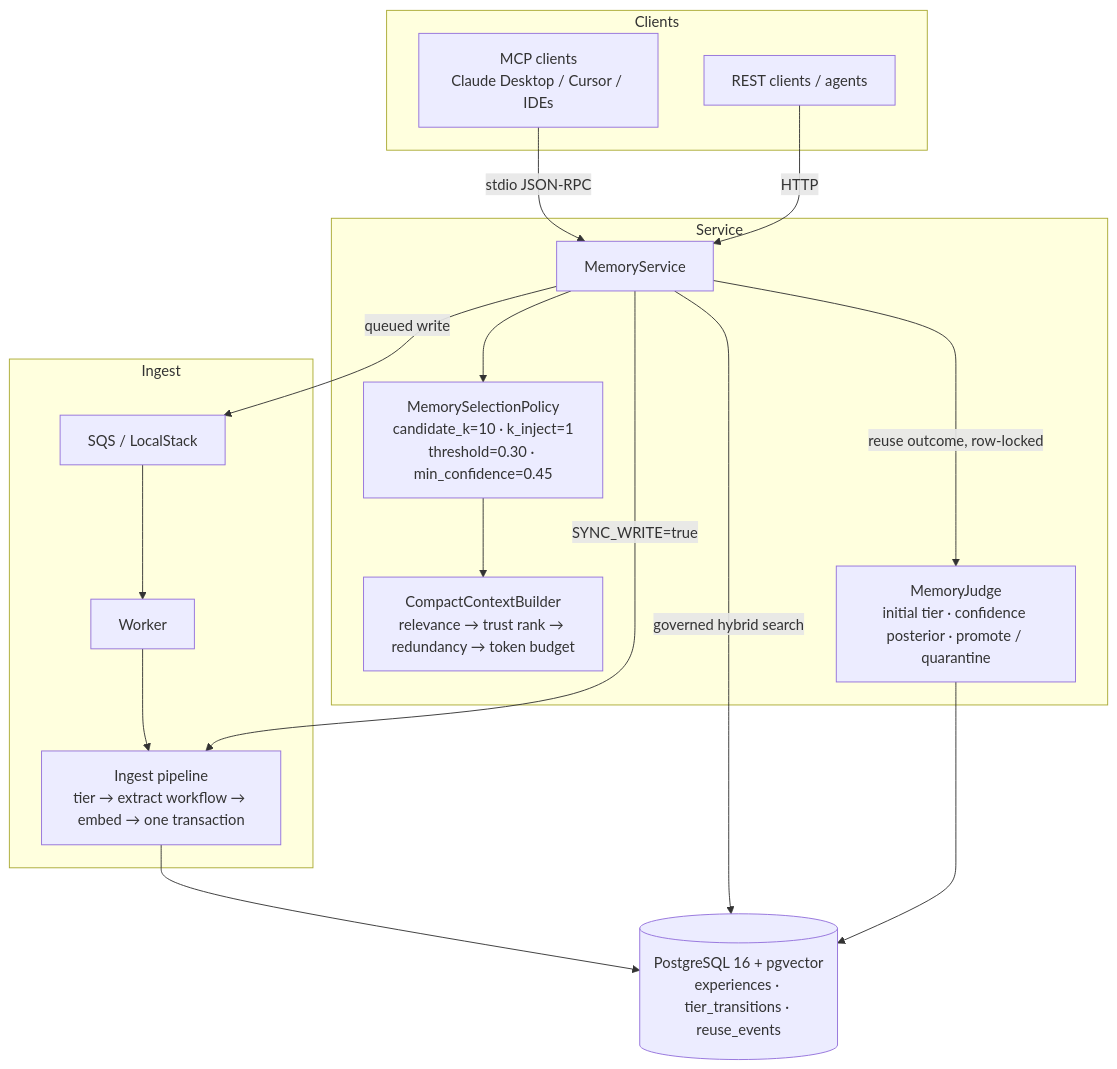
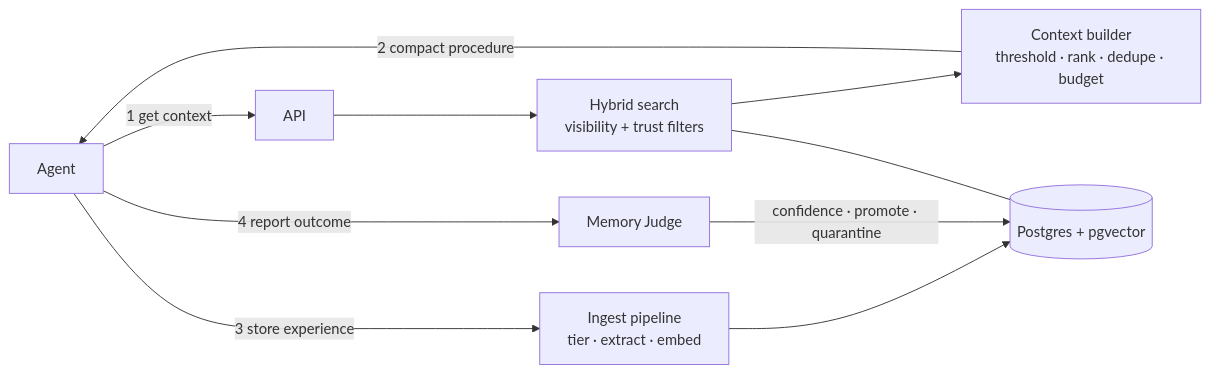
Before and after one commit to nagashiva23/action-cloud: the diagram in README.md, drawn with Mermaid. The commit also changed other lines of this file, not shown here.

````diff
--- a/README.md
+++ b/README.md
@@ -13,31 +55,12 @@
 ```mermaid
-graph TD
-    subgraph Clients
-        MCP[MCP clients<br/>Claude Desktop / Cursor / IDEs]
-        REST[REST clients / agents]
-    end
-
-    subgraph Service
-        MS[MemoryService]
-        POL[MemorySelectionPolicy<br/>candidate_k=10 · k_inject=1<br/>threshold=0.30 · min_confidence=0.45]
-        CCB[CompactContextBuilder<br/>relevance → trust rank → redundancy → token budget]
-        MJ[MemoryJudge<br/>initial tier · confidence posterior · promote / quarantine]
-    end
-
-    subgraph Ingest
-        SQS[SQS / LocalStack]
-        W[Worker]
-        P[Ingest pipeline<br/>tier → extract workflow → embed → one transaction]
-    end
-
-    DB[(PostgreSQL 16 + pgvector<br/>experiences · tier_transitions · reuse_events)]
-
-    MCP -->|stdio JSON-RPC| MS
-    REST -->|HTTP| MS
-    MS -->|queued write| SQS --> W --> P
-    MS -->|SYNC_WRITE=true| P
-    P --> DB
-    MS -->|governed hybrid search| DB
-    MS --> POL --> CCB
-    MS -->|reuse outcome, row-locked| MJ --> DB
+graph LR
+    A[Agent] -->|1 get context| API
+    API --> R[Hybrid search<br/>visibility + trust filters]
+    R --> B[Context builder<br/>threshold · rank · dedupe · budget]
+    B -->|2 compact procedure| A
+    A -->|3 store experience| P[Ingest pipeline<br/>tier · extract · embed]
+    A -->|4 report outcome| J[Memory Judge]
+    P --> DB[(Postgres + pgvector)]
+    J -->|confidence · promote · quarantine| DB
+    R --- DB
 ```
````
